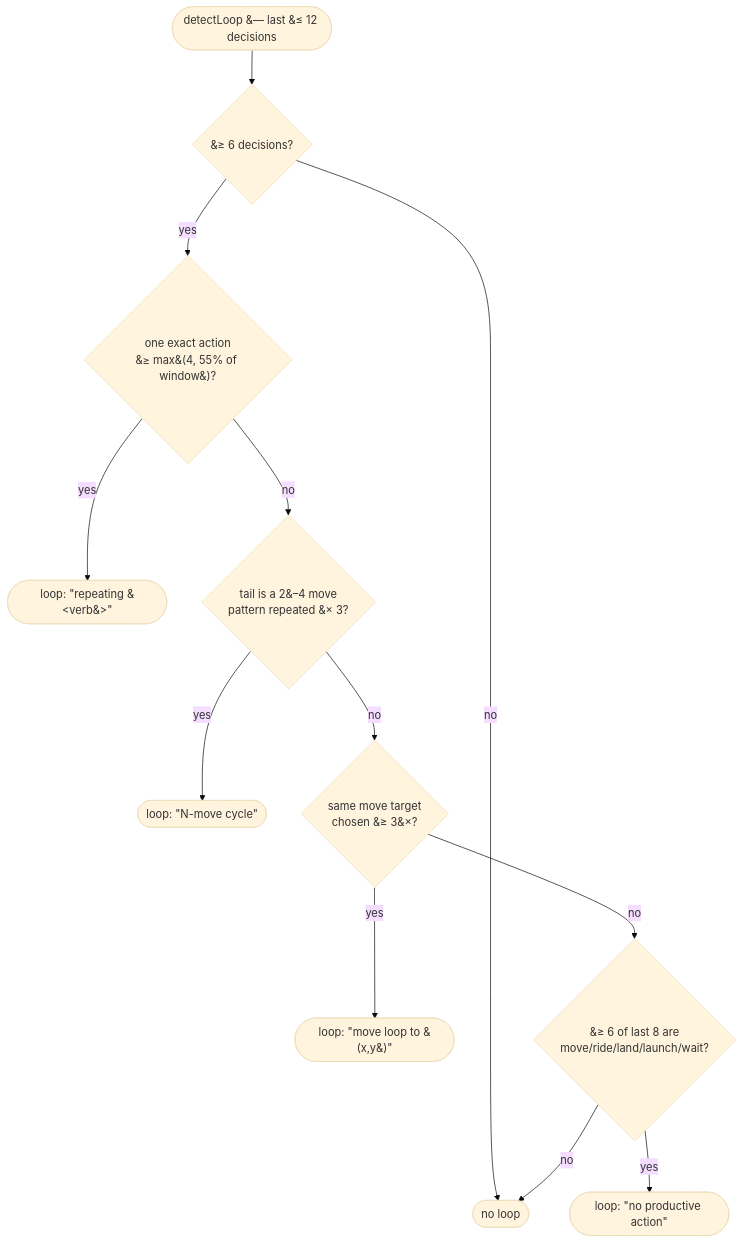
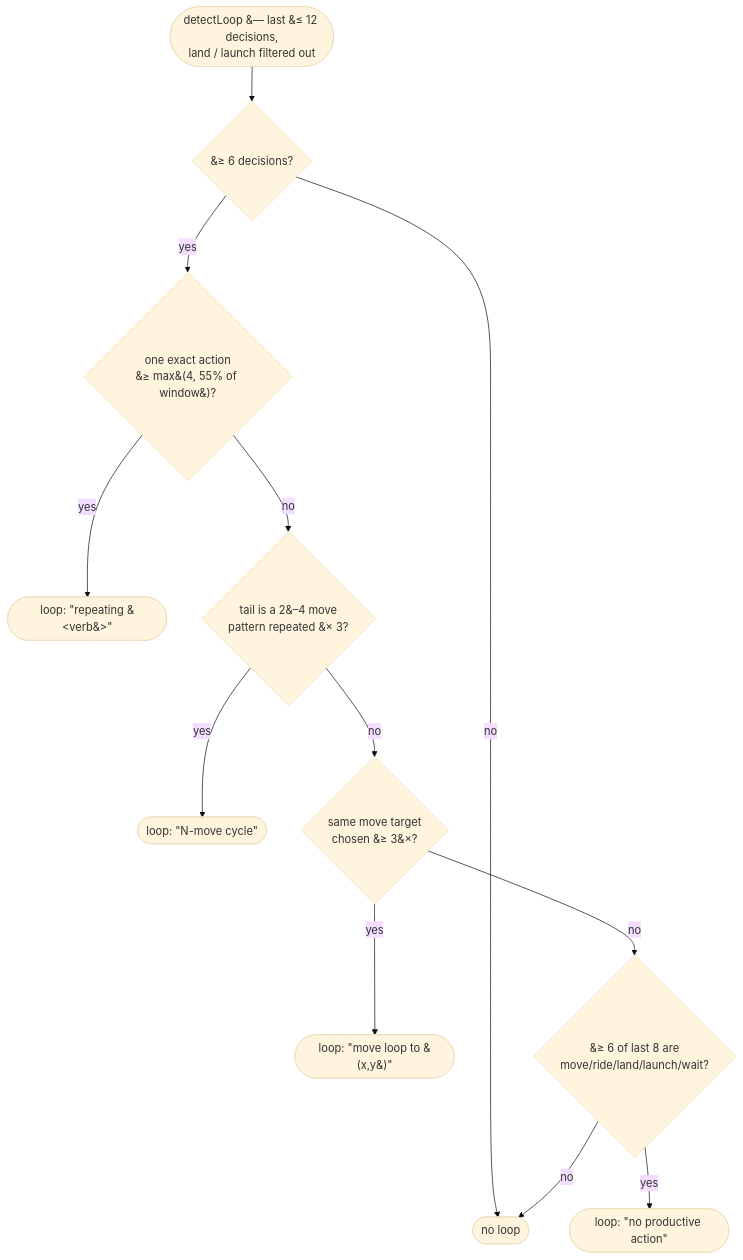
Before and after one commit to discord-php/DiscordPHP-NHA: the third of 5 diagrams in docs/PLAYBOOK.md, drawn with Mermaid (base theme). The commit also changed other lines of this file and 5 other files, not shown here.

First line of the commit message:
Release 3.1.19: loop guard ignores land/launch descents

````diff
--- a/docs/PLAYBOOK.md
+++ b/docs/PLAYBOOK.md
@@ -111,14 +114,14 @@
 ```mermaid
 flowchart TD
-    d([detectLoop &#8212; last &#8804; 12 decisions]) --> n{&#8805; 6 decisions?}
+    d([detectLoop &#8212; last &#8804; 12 decisions,<br/>land / launch filtered out]) --> n{&#8805; 6 decisions?}
     n -- no --> ok([no loop])
     n -- yes --> c1{one exact action<br/>&#8805; max&#40;4, 55% of window&#41;?}
     c1 -- yes --> hit([loop: &quot;repeating &#60;verb&#62;&quot;])
     c1 -- no --> c2{tail is a 2&#8211;4 move<br/>pattern repeated &#215; 3?}
     c2 -- yes --> hit2([loop: &quot;N-move cycle&quot;])
     c2 -- no --> c3{same move target<br/>chosen &#8805; 3&#215;?}
     c3 -- yes --> hit3([loop: &quot;move loop to &#40;x,y&#41;&quot;])
     c3 -- no --> c4{&#8805; 6 of last 8 are<br/>move/ride/land/launch/wait?}
     c4 -- yes --> hit4([loop: &quot;no productive action&quot;])
     c4 -- no --> ok
 ```
````
